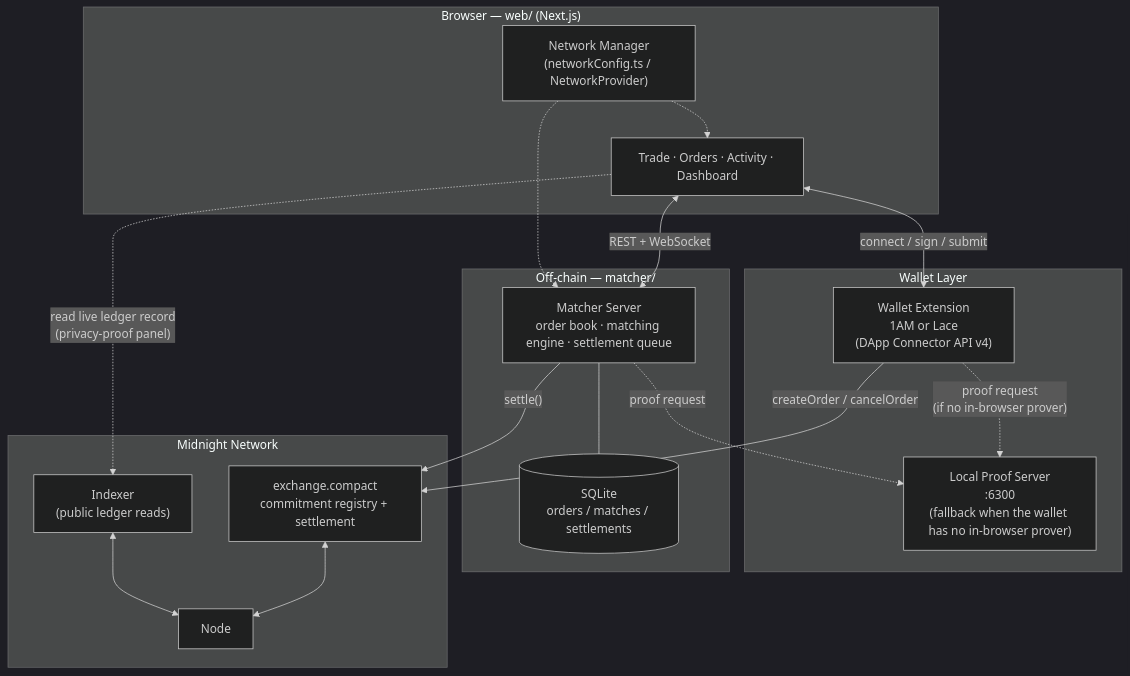
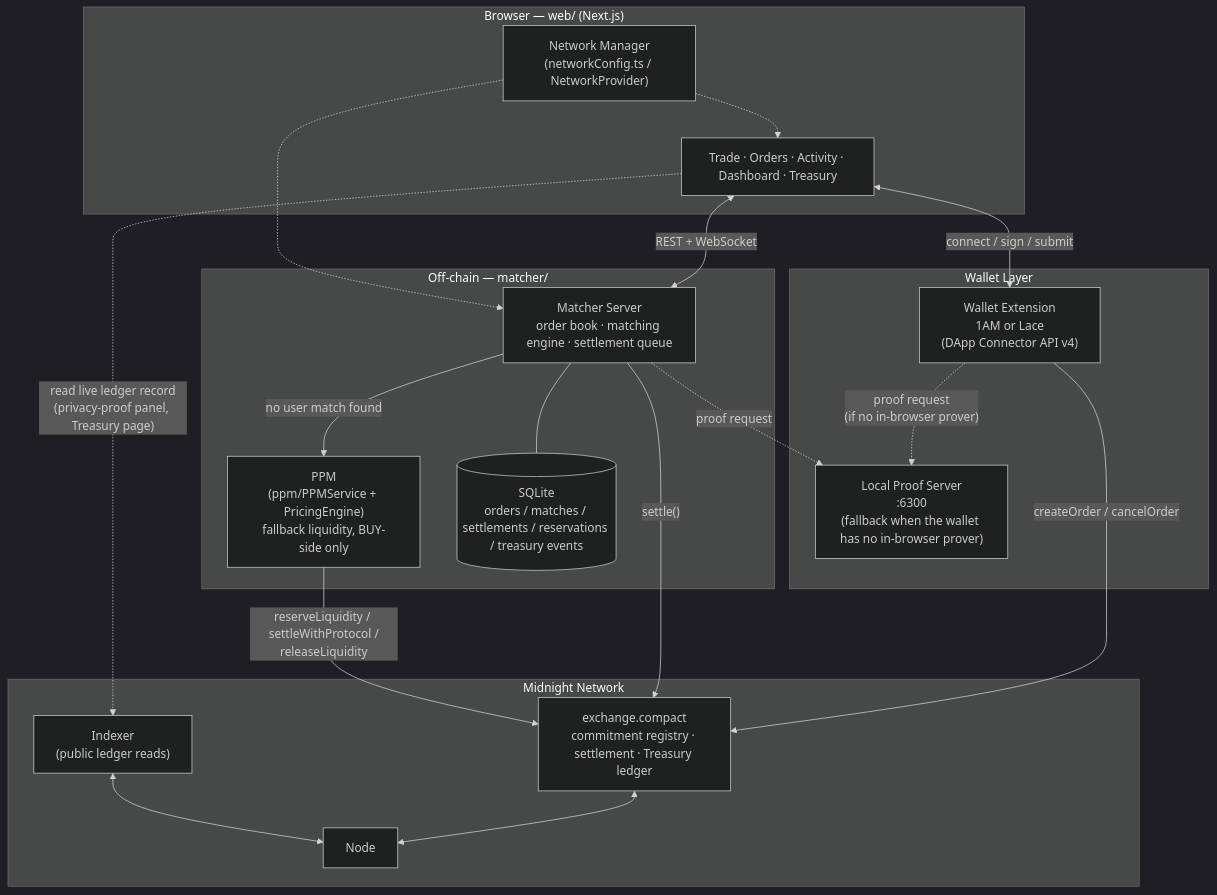
One commit to wolf1276/ZEKURA changed the first of 6 diagrams in README.md. Above: the diagram before and after it, drawn with Mermaid (dark theme). The commit also changed other lines of this file, not shown here.

````diff
--- a/README.md
+++ b/README.md
@@ -194,38 +201,41 @@
 ```mermaid
 flowchart TB
     subgraph Browser["Browser — web/ (Next.js)"]
-        UI["Trade · Orders · Activity · Dashboard"]
+        UI["Trade · Orders · Activity · Dashboard · Treasury"]
         NM["Network Manager<br/>(networkConfig.ts / NetworkProvider)"]
     end
 
     subgraph WalletLayer["Wallet Layer"]
         Ext["Wallet Extension<br/>1AM or Lace<br/>(DApp Connector API v4)"]
         PS["Local Proof Server<br/>:6300<br/>(fallback when the wallet has no in-browser prover)"]
     end
 
     subgraph OffChain["Off-chain — matcher/"]
         Matcher["Matcher Server<br/>order book · matching engine · settlement queue"]
-        DB[("SQLite<br/>orders / matches / settlements")]
+        PPM["PPM<br/>(ppm/PPMService + PricingEngine)<br/>fallback liquidity, BUY-side only"]
+        DB[("SQLite<br/>orders / matches / settlements / reservations / treasury events")]
     end
 
     subgraph OnChain["Midnight Network"]
-        Contract["exchange.compact<br/>commitment registry + settlement"]
+        Contract["exchange.compact<br/>commitment registry · settlement · Treasury ledger"]
         Indexer["Indexer<br/>(public ledger reads)"]
         Node["Node"]
     end
 
     UI <-->|"connect / sign / submit"| Ext
     UI <-->|"REST + WebSocket"| Matcher
-    UI -.->|"read live ledger record<br/>(privacy-proof panel)"| Indexer
+    UI -.->|"read live ledger record<br/>(privacy-proof panel, Treasury page)"| Indexer
     NM -.-> UI
     NM -.-> Matcher
 
     Ext -->|"createOrder / cancelOrder"| Contract
     Ext -.->|"proof request<br/>(if no in-browser prover)"| PS
     Matcher -->|"settle()"| Contract
+    Matcher -->|"no user match found"| PPM
+    PPM -->|"reserveLiquidity / settleWithProtocol /<br/>releaseLiquidity"| Contract
     Matcher -.->|"proof request"| PS
     Matcher --- DB
 
     Contract <--> Node
     Indexer <--> Node
 ```
````
